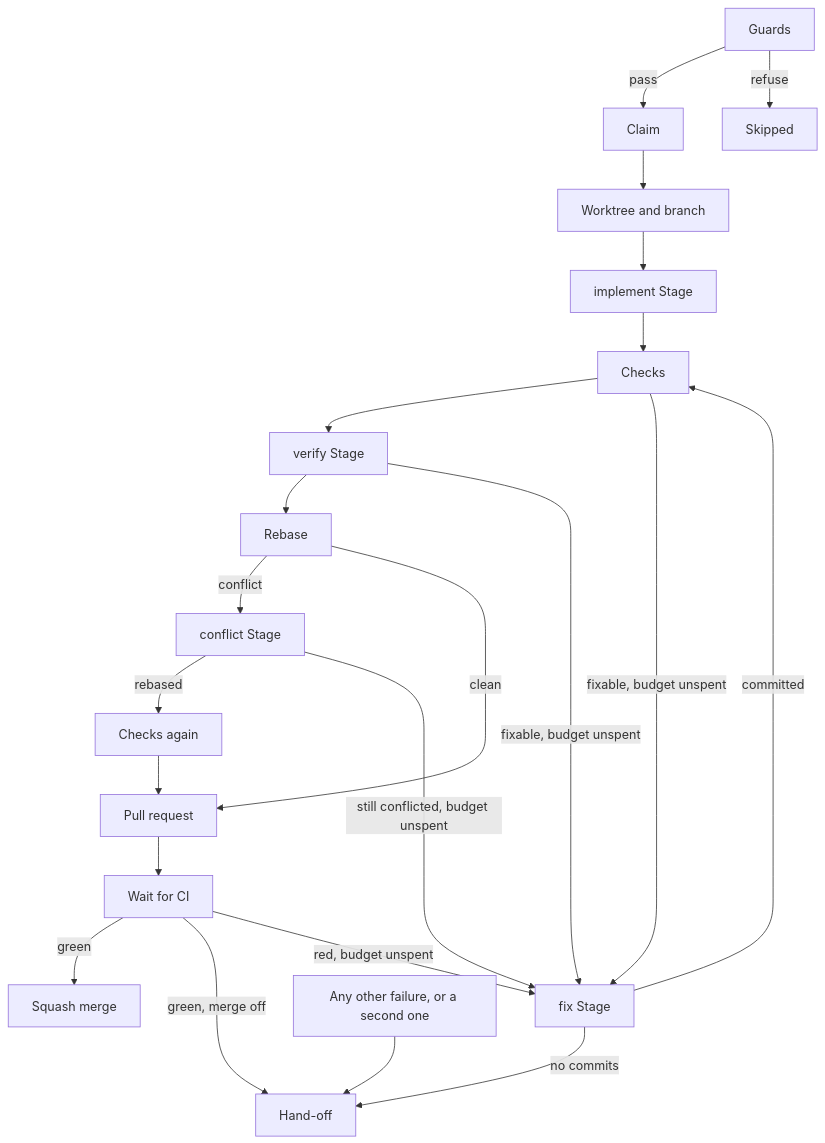
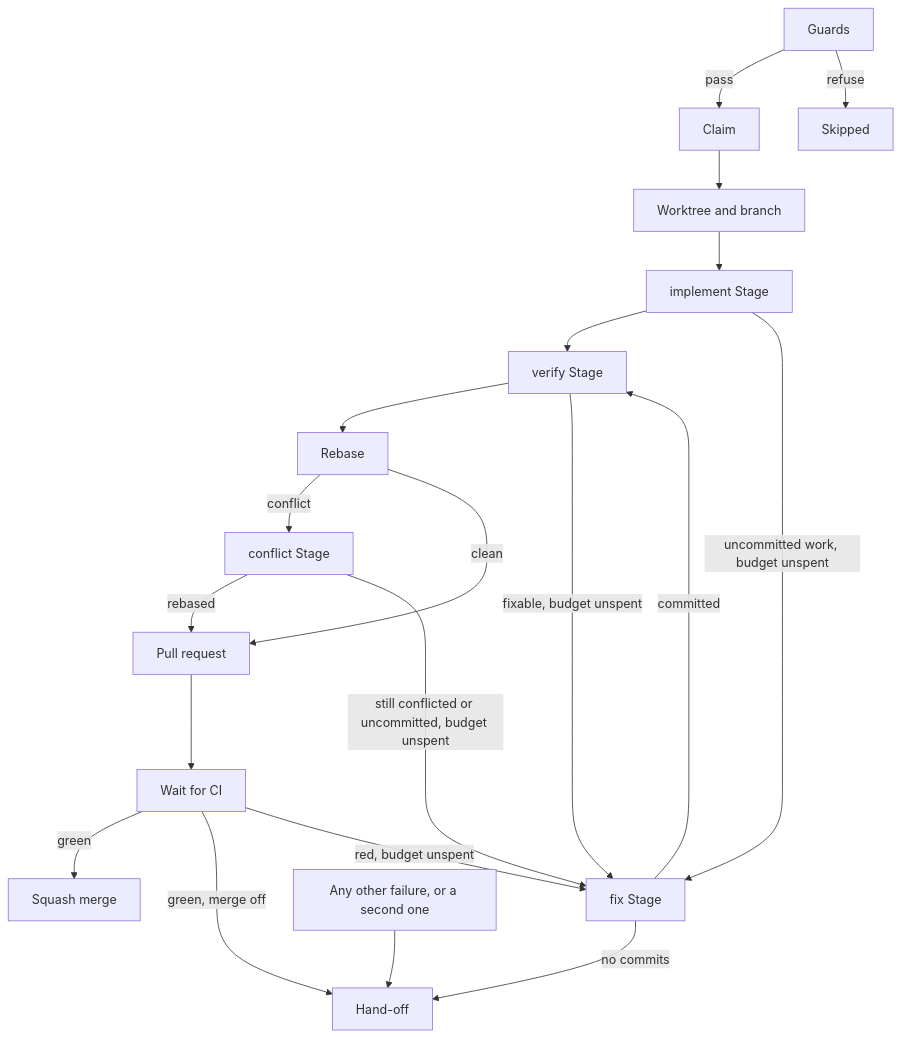
Before and after one commit to jjongs2/ticket-runner: the first of 2 diagrams in wiki/en/guide/ticket-to-merge.md, drawn with Mermaid. The commit also changed other lines of this file and 56 other files, not shown here.

````diff
--- a/wiki/en/guide/ticket-to-merge.md
+++ b/wiki/en/guide/ticket-to-merge.md
@@ -23,24 +22,22 @@
 ```mermaid
 flowchart TD
     G["Guards"] -->|pass| C["Claim"]
     G -->|refuse| S["Skipped"]
     C --> W["Worktree and branch"]
     W --> I["implement Stage"]
-    I --> K["Checks"]
-    K --> V["verify Stage"]
+    I --> V["verify Stage"]
     V --> R["Rebase"]
     R -->|conflict| X["conflict Stage"]
-    X -->|rebased| K2["Checks again"]
     R -->|clean| P["Pull request"]
-    K2 --> P
+    X -->|rebased| P
     P --> CI["Wait for CI"]
     CI -->|green| M["Squash merge"]
     CI -->|"green, merge off"| H
-    K -->|"fixable, budget unspent"| F["fix Stage"]
+    I -->|"uncommitted work, budget unspent"| F["fix Stage"]
     V -->|"fixable, budget unspent"| F
-    X -->|"still conflicted, budget unspent"| F
+    X -->|"still conflicted or uncommitted, budget unspent"| F
     CI -->|"red, budget unspent"| F
-    F -->|committed| K
+    F -->|committed| V
     F -->|no commits| H["Hand-off"]
     O["Any other failure, or a second one"] --> H
 ```
````
